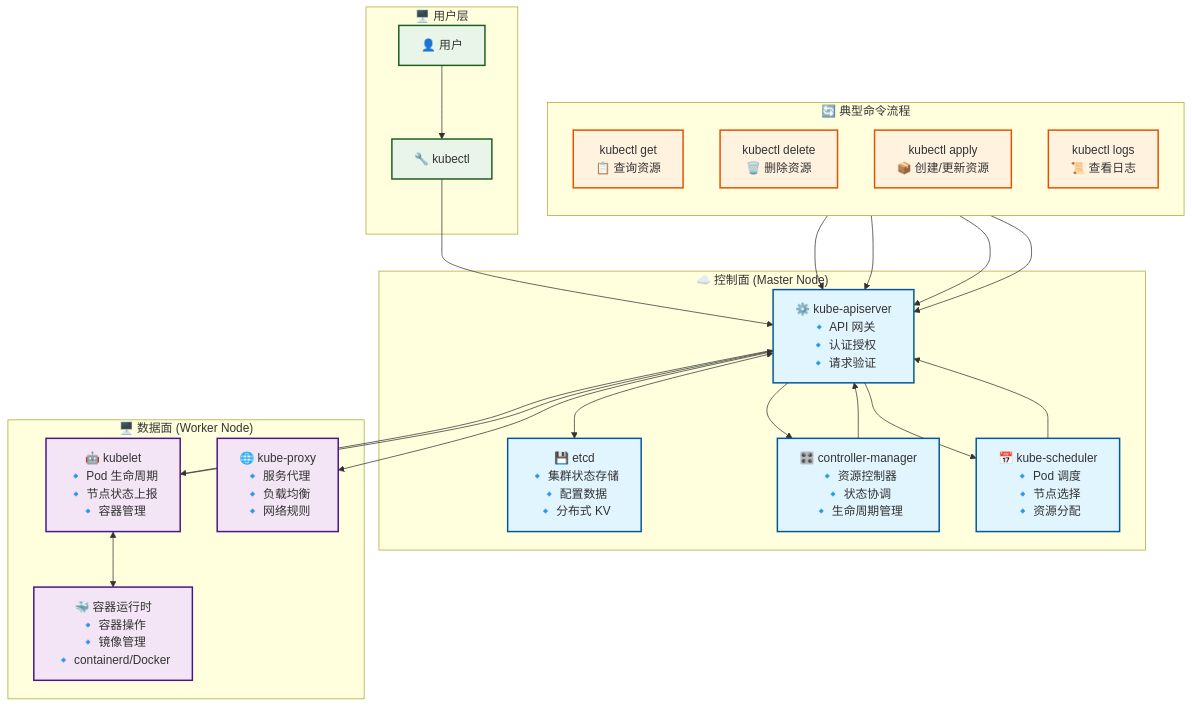
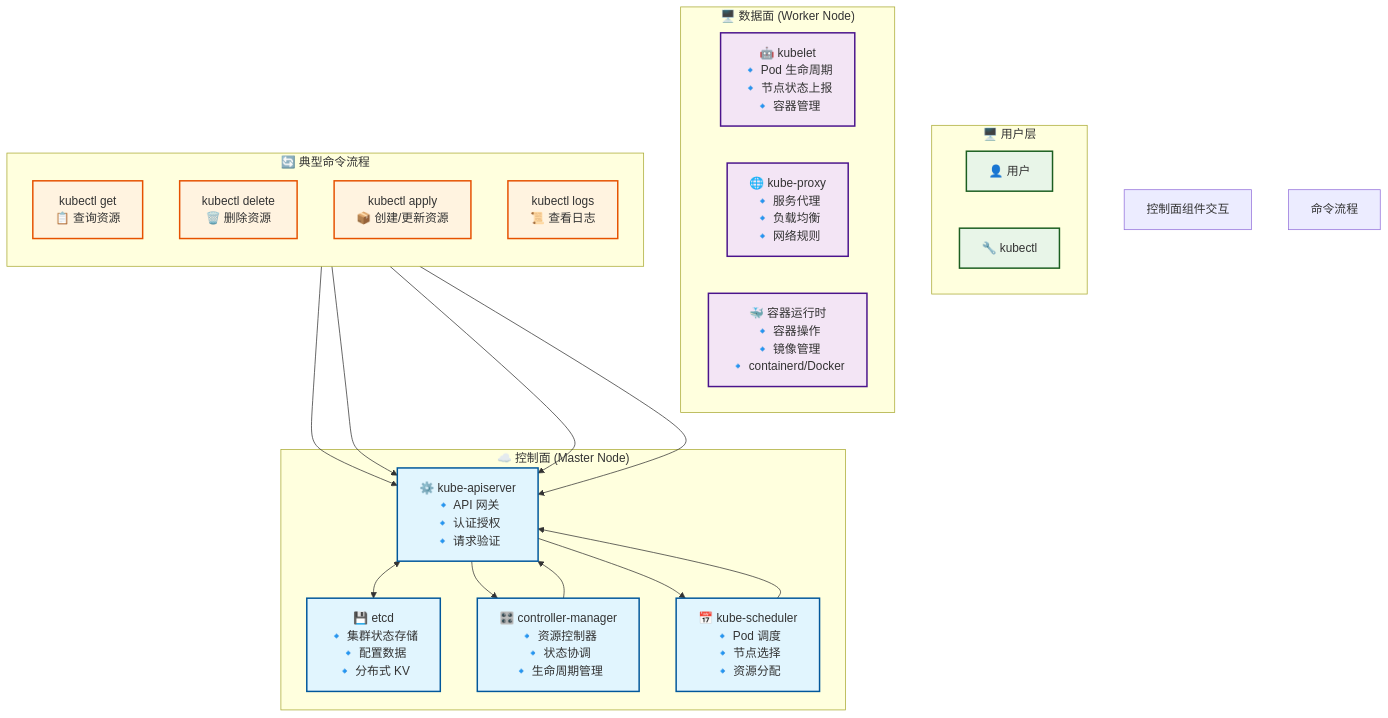
Before and after one commit to January2003/dg: the first of 2 diagrams in _notes/Sources/AIGC/kubectl 命令执行流程图.md, drawn with Mermaid. The commit also changed other lines of this file and 794 other files, not shown here.

````diff
--- a/_notes/Sources/AIGC/kubectl 命令执行流程图.md
+++ b/_notes/Sources/AIGC/kubectl 命令执行流程图.md
@@ -32,62 +29,52 @@
 ```mermaid
 graph TB
     subgraph "🖥️ 用户层"
         U[👤 用户]
         kubectl[🔧 kubectl]
     end
     
     subgraph "☁️ 控制面 (Master Node)"
         API[⚙️ kube-apiserver<br/>🔹 API 网关<br/>🔹 认证授权<br/>🔹 请求验证]
         etcd[💾 etcd<br/>🔹 集群状态存储<br/>🔹 配置数据<br/>🔹 分布式 KV]
         CM[🎛️ controller-manager<br/>🔹 资源控制器<br/>🔹 状态协调<br/>🔹 生命周期管理]
         Scheduler[📅 kube-scheduler<br/>🔹 Pod 调度<br/>🔹 节点选择<br/>🔹 资源分配]
     end
     
     subgraph "🖥️ 数据面 (Worker Node)"
         kubelet[🤖 kubelet<br/>🔹 Pod 生命周期<br/>🔹 节点状态上报<br/>🔹 容器管理]
         proxy[🌐 kube-proxy<br/>🔹 服务代理<br/>🔹 负载均衡<br/>🔹 网络规则]
         CRI[🐳 容器运行时<br/>🔹 容器操作<br/>🔹 镜像管理<br/>🔹 containerd/Docker]
     end
     
     subgraph "🔄 典型命令流程"
         direction TB
         GET["kubectl get<br/>📋 查询资源"]
         DELETE["kubectl delete<br/>🗑️ 删除资源"]
         APPLY["kubectl apply<br/>📦 创建/更新资源"]
         LOGS["kubectl logs<br/>📜 查看日志"]
     end
     
-    %% 用户交互
-    U --> kubectl
-    kubectl --> API
-    
-    %% 控制面组件交互
+     控制面组件交互
     API <--> etcd
     API --> CM
     API --> Scheduler
     CM --> API
     Scheduler --> API
     
-    %% 数据面组件交互
-    API --> kubelet
-    API --> proxy
-    kubelet <--> CRI
-    kubelet --> API
-    
-    %% 命令流程
+     命令流程
     GET --> API
     DELETE --> API
     APPLY --> API
     LOGS --> API
     
     %% 样式
     classDef controlPlane fill:#e1f5fe,stroke:#01579b,stroke-width:2px
     classDef dataPlane fill:#f3e5f5,stroke:#4a148c,stroke-width:2px
     classDef userLayer fill:#e8f5e8,stroke:#1b5e20,stroke-width:2px
     classDef commandFlow fill:#fff3e0,stroke:#e65100,stroke-width:2px
     
     class API,etcd,CM,Scheduler controlPlane
     class kubelet,proxy,CRI dataPlane
     class U,kubectl userLayer
     class GET,DELETE,APPLY,LOGS commandFlow
 ```
````
